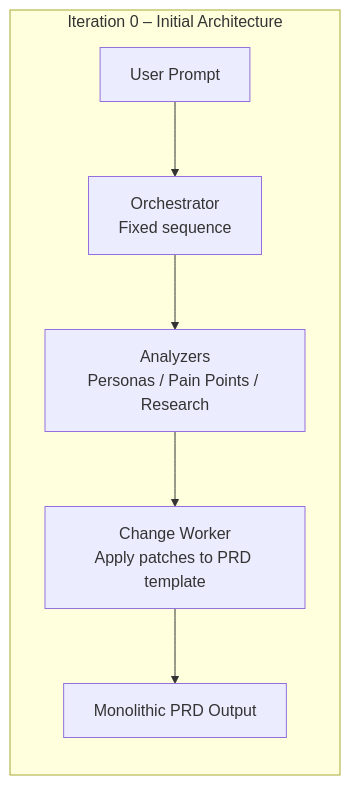
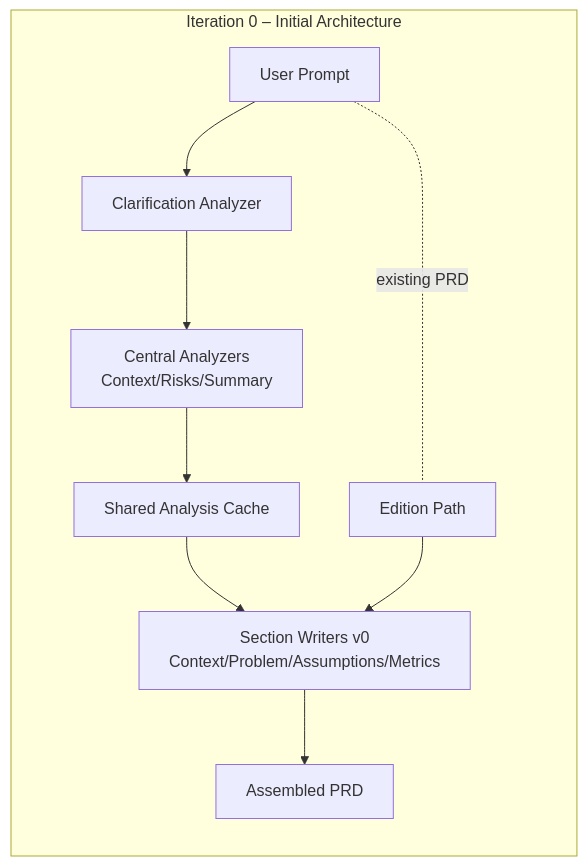
One commit to eabait/product-agents changed the first of 3 diagrams in blog/article-v2.md. Above: the diagram before and after it, drawn with Mermaid. The commit also changed other lines of this file and 1 other file, not shown here.

Commit message:
Updates to article about how orchestrator evolved

````diff
--- a/blog/article-v2.md
+++ b/blog/article-v2.md
@@ -54,9 +56,12 @@
 ```mermaid
 flowchart LR
-    subgraph V0[Iteration 0 – Initial Architecture]
-        A0[User Prompt] --> B0[Orchestrator<br/>Fixed sequence]
-        B0 --> C0[Analyzers<br/>Personas / Pain Points / Research]
-        C0 --> D0[Change Worker<br/>Apply patches to PRD template]
-        D0 --> E0[Monolithic PRD Output]
-    end
+  subgraph V0[Iteration 0 – Initial Architecture]
+    A0[User Prompt] --> B0[Clarification Analyzer]
+    B0 --> C0[Central Analyzers<br/>Context/Risks/Summary]
+    C0 --> D0[Shared Analysis Cache]
+    D0 --> E0[Section Writers v0<br/>Context/Problem/Assumptions/Metrics]
+    A0 -.existing PRD.- F0[Edition Path]
+    F0 --> E0
+    E0 --> G0[Assembled PRD]
+  end
 ```
````
